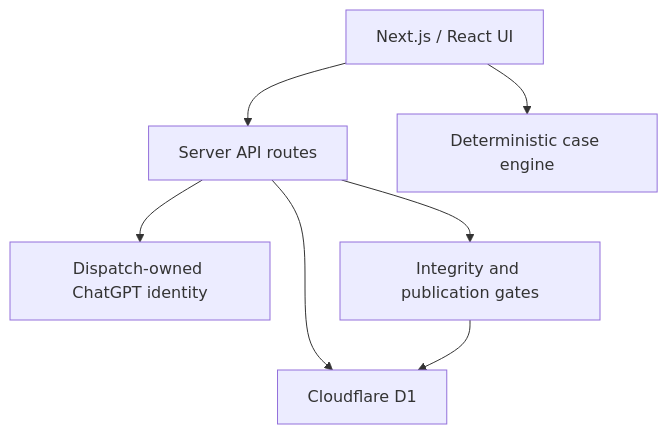
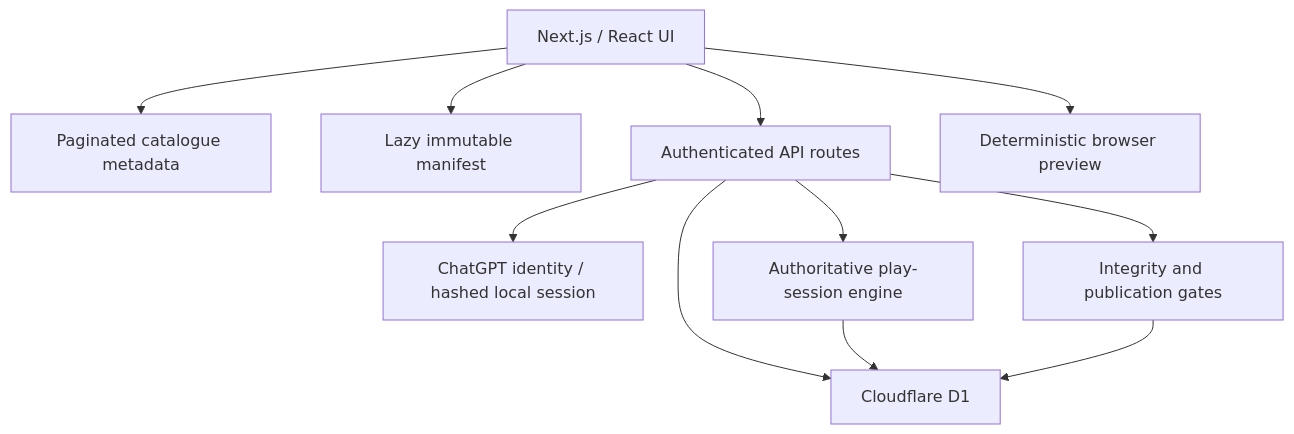
Before and after one commit to GenesisSocietyEngine/Genesis-AI-Juris: the diagram in README.md, drawn with Mermaid. The commit also changed other lines of this file and 58 other files, not shown here.

Commit message:
GENESIS: JURIS v12 — scalable catalogue, authoritative play sessions, HMAC case lineage, local auth and recovery

````diff
--- a/README.md
+++ b/README.md
@@ -21,9 +21,13 @@
 ```mermaid
 flowchart TD
-    UI["Next.js / React UI"] --> API["Server API routes"]
-    API --> AUTH["Dispatch-owned ChatGPT identity"]
+    UI["Next.js / React UI"] --> META["Paginated catalogue metadata"]
+    UI --> MANIFEST["Lazy immutable manifest"]
+    UI --> API["Authenticated API routes"]
+    API --> AUTH["ChatGPT identity / hashed local session"]
     API --> D1["Cloudflare D1"]
-    UI --> ENGINE["Deterministic case engine"]
+    UI --> PREVIEW["Deterministic browser preview"]
+    API --> SESSION["Authoritative play-session engine"]
+    SESSION --> D1
     API --> GATES["Integrity and publication gates"]
     GATES --> D1
 ```
````
